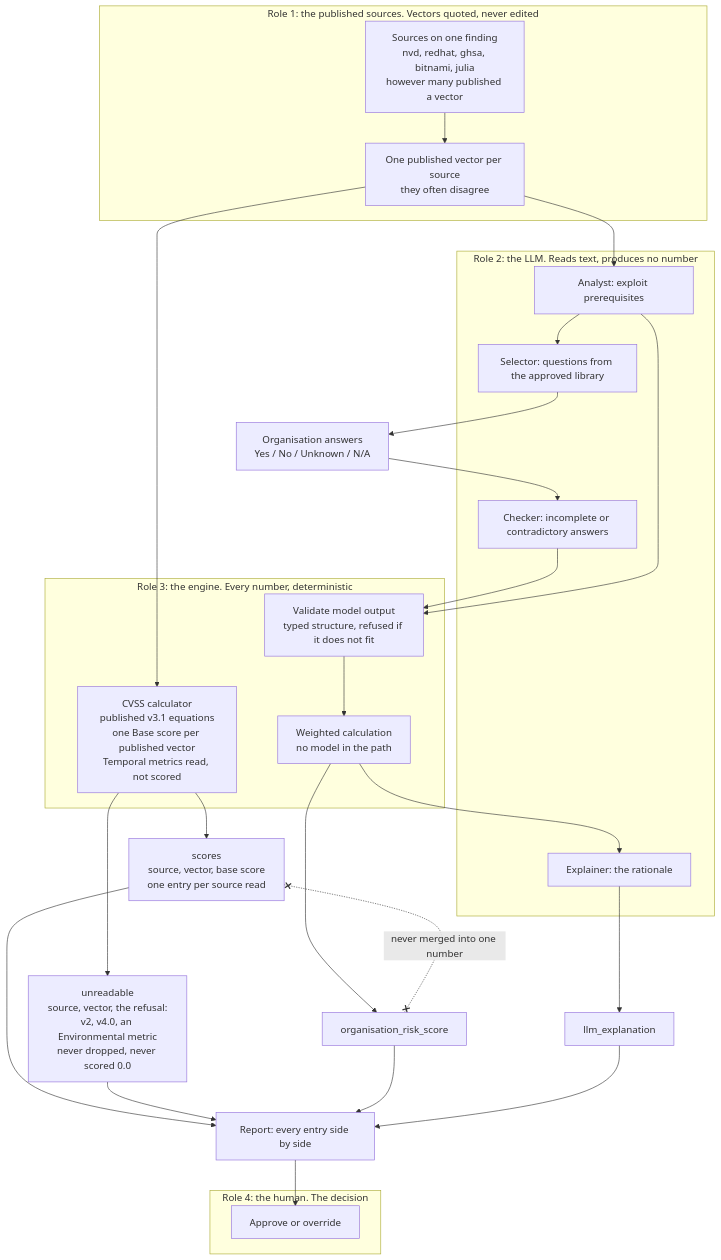
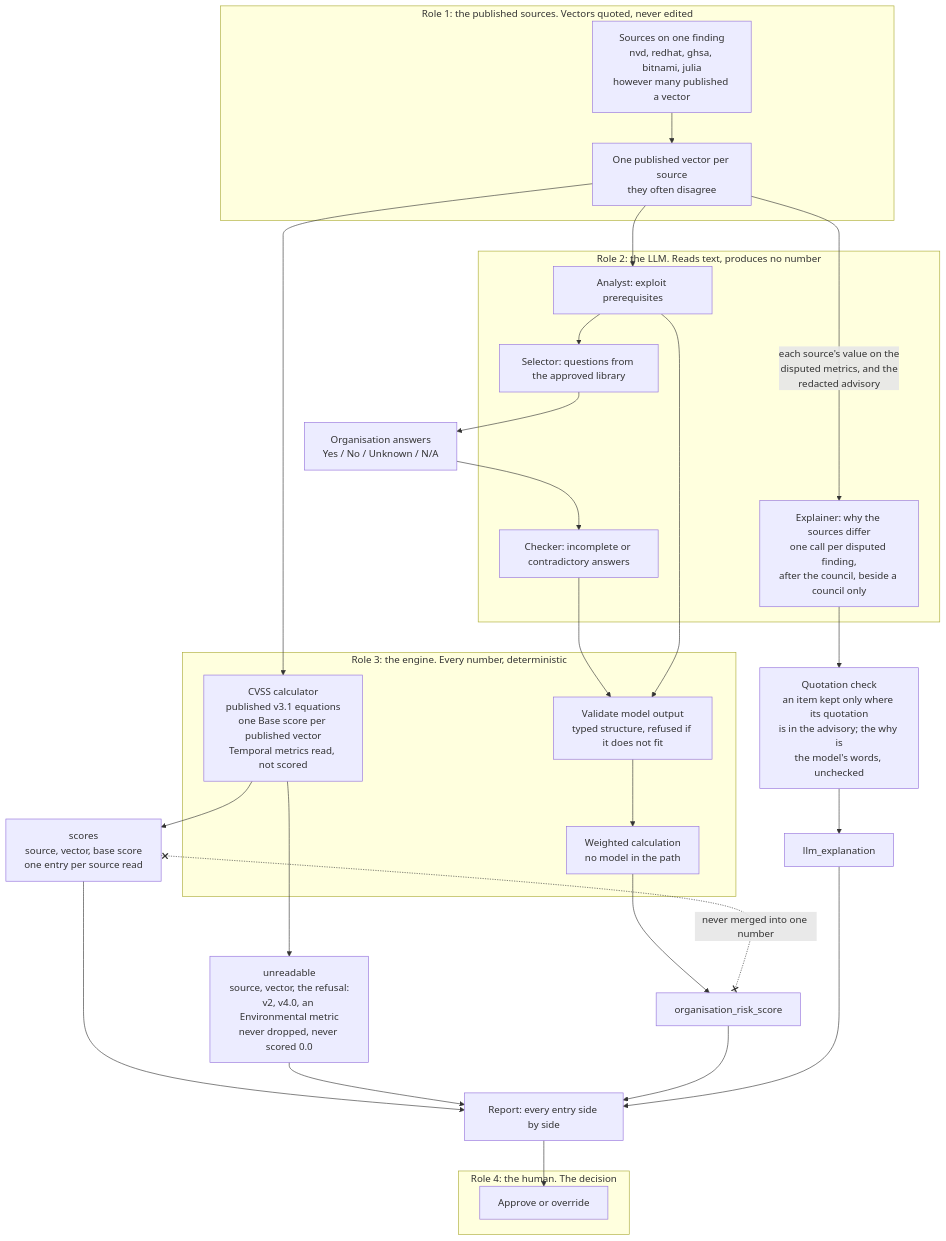
One commit to heinthtnaung/AgenticLLMAppAuditor changed the second of 5 diagrams in docs/diagrams.md. Above: the diagram before and after it, drawn with Mermaid. The commit also changed other lines of this file and 47 other files, not shown here.

Commit message:
Say why a finding's published sources differ

````diff
--- a/docs/diagrams.md
+++ b/docs/diagrams.md
@@ -192,46 +205,47 @@
 ```mermaid
 flowchart TD
     subgraph QUOTED["Role 1: the published sources. Vectors quoted, never edited"]
         srcs["Sources on one finding<br/>nvd, redhat, ghsa, bitnami, julia<br/>however many published a vector"]
         pv["One published vector per source<br/>they often disagree"]
         srcs --> pv
     end
 
     subgraph MODEL["Role 2: the LLM. Reads text, produces no number"]
         anl["Analyst: exploit prerequisites"]
         sel["Selector: questions from the approved library"]
         chk["Checker: incomplete or contradictory answers"]
-        exl["Explainer: the rationale"]
+        exl["Explainer: why the sources differ<br/>one call per disputed finding,<br/>after the council, beside a council only"]
     end
 
     subgraph ENGINE["Role 3: the engine. Every number, deterministic"]
         cvs["CVSS calculator<br/>published v3.1 equations<br/>one Base score per published vector<br/>Temporal metrics read, not scored"]
         val["Validate model output<br/>typed structure, refused if it does not fit"]
         cal["Weighted calculation<br/>no model in the path"]
     end
 
     subgraph HUMAN["Role 4: the human. The decision"]
         dec["Approve or override"]
     end
 
     pv --> anl
     pv --> cvs
     cvs --> f1["scores<br/>source, vector, base score<br/>one entry per source read"]
     cvs --> f2["unreadable<br/>source, vector, the refusal:<br/>v2, v4.0, an Environmental metric<br/>never dropped, never scored 0.0"]
     anl --> sel
     sel --> ans["Organisation answers<br/>Yes / No / Unknown / N/A"]
     ans --> chk
     chk --> val
     anl --> val
     val --> cal
     cal --> f3["organisation_risk_score"]
-    cal --> exl
-    exl --> f4["llm_explanation"]
+    pv -->|"each source's value on the<br/>disputed metrics, and the<br/>redacted advisory"| exl
+    exl --> xq["Quotation check<br/>an item kept only where its quotation<br/>is in the advisory; the why is<br/>the model's words, unchecked"]
+    xq --> f4["llm_explanation"]
     f1 --> out["Report: every entry side by side"]
     f2 --> out
     f3 --> out
     f4 --> out
     out --> dec
 
     f1 x-. "never merged into one number" .-x f3
 ```
````
